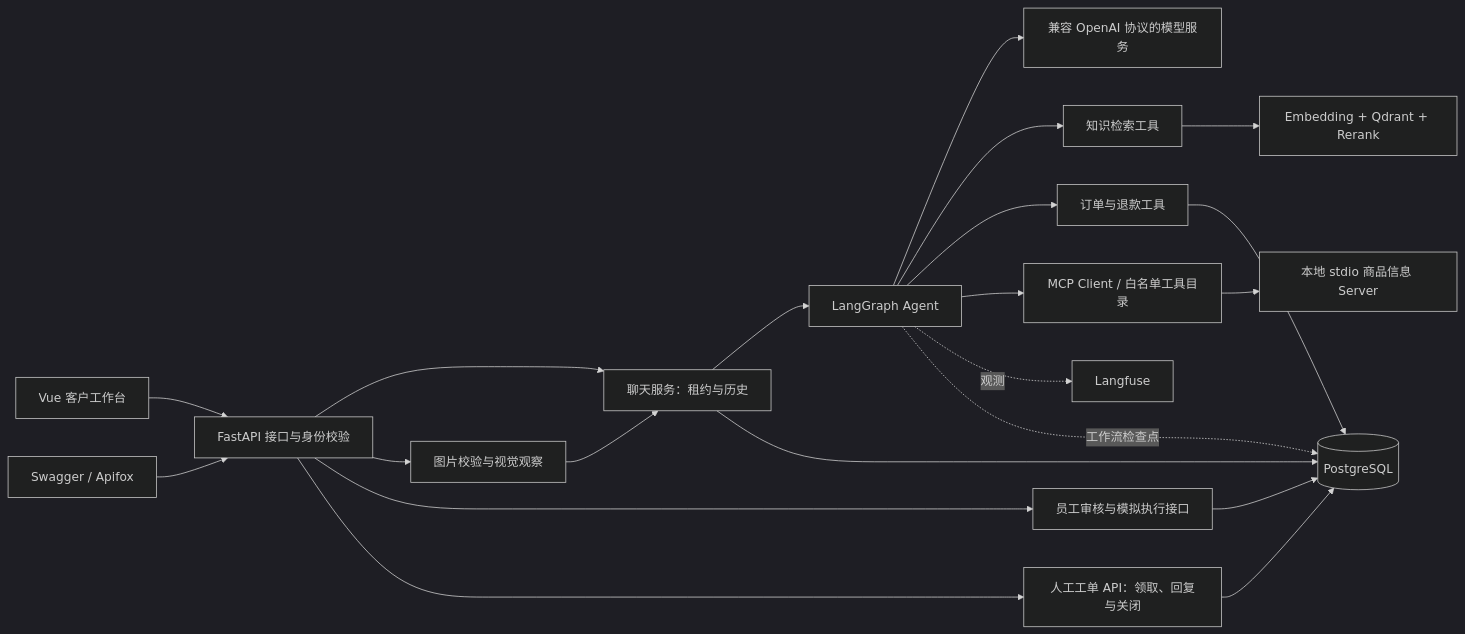
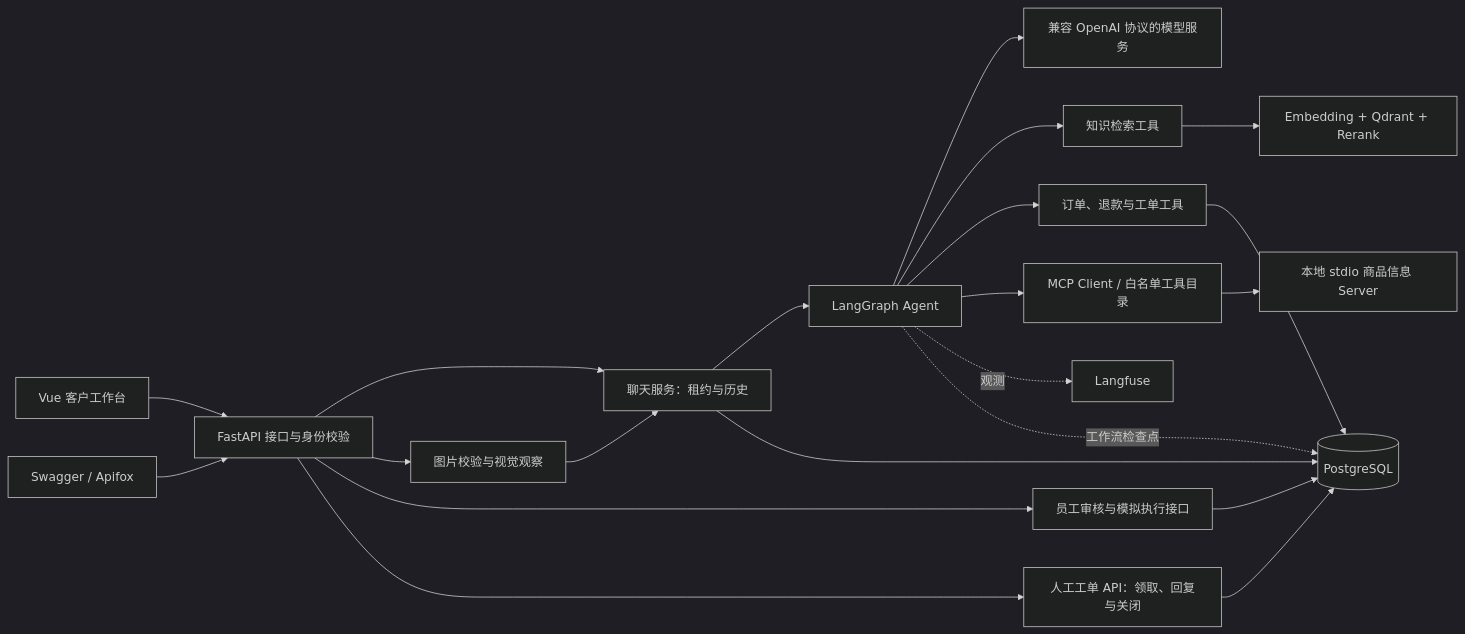
Before and after one commit to 111wjh/OmniSupport-AI: the diagram in README.md, drawn with Mermaid (dark theme). The commit also changed other lines of this file and 13 other files, not shown here.

````diff
--- a/README.md
+++ b/README.md
@@ -42,23 +42,23 @@
 ```mermaid
 flowchart LR
     UI[Vue 客户工作台] --> API[FastAPI 接口与身份校验]
     API --> Chat[聊天服务：租约与历史]
     API --> Vision[图片校验与视觉观察]
     Vision --> Chat
     Chat --> Graph[LangGraph Agent]
     Graph --> Model[兼容 OpenAI 协议的模型服务]
     Graph --> RAG[知识检索工具]
     RAG --> Vector[Embedding + Qdrant + Rerank]
-    Graph --> Business[订单与退款工具]
+    Graph --> Business[订单、退款与工单工具]
     Graph --> MCP[MCP Client / 白名单工具目录]
     MCP --> Catalog[本地 stdio 商品信息 Server]
     Business --> PG[(PostgreSQL)]
     Chat --> PG
     API --> Review[员工审核与模拟执行接口]
     Review --> PG
     Ops[Swagger / Apifox] --> API
     API --> Tickets[人工工单 API：领取、回复与关闭]
     Tickets --> PG
     Graph -.观测.-> LF[Langfuse]
     Graph -.工作流检查点.-> PG
 ```
````
